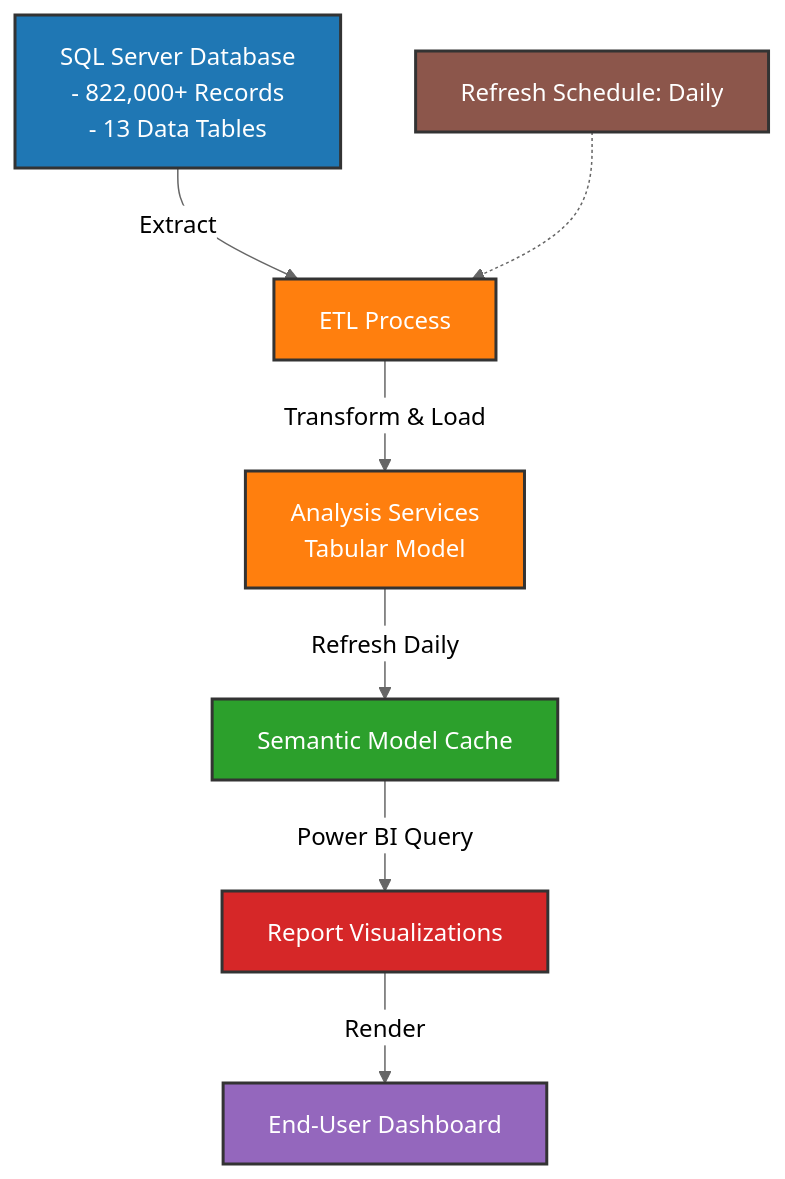
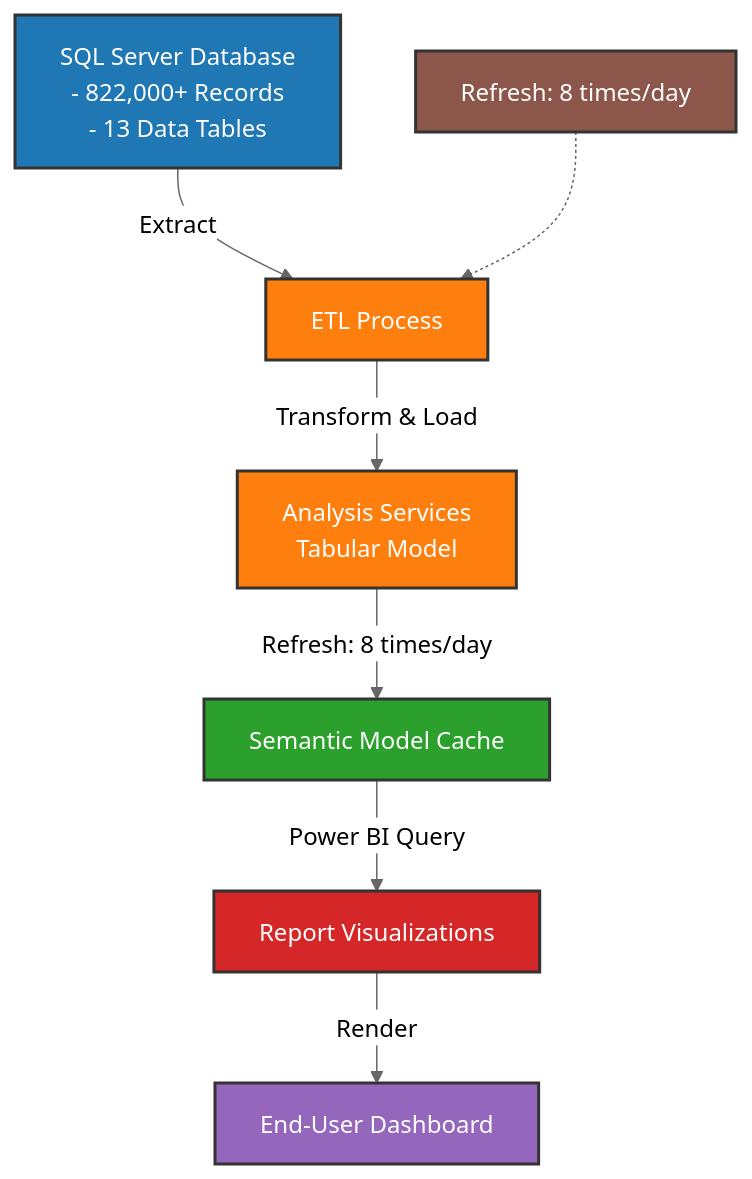
One commit to Data-Marc/pharma-logistics-bi changed the second of 2 diagrams in docs/ARCHITECTURE.md. Above: the diagram before and after it, drawn with Mermaid (neutral theme). The commit also changed other lines of this file, not shown here.

Commit message:
docs: update diagram labels to show 'Refresh: 8 times/day' for consistency

````diff
--- a/docs/ARCHITECTURE.md
+++ b/docs/ARCHITECTURE.md
@@ -21,18 +21,18 @@
 ```mermaid
 graph TB
     A["SQL Server Database<br/>- 822,000+ Records<br/>- 13 Data Tables"] -->|Extract| B["ETL Process"]
     B -->|Transform & Load| C["Analysis Services<br/>Tabular Model"]
-    C -->|Refresh Daily| D["Semantic Model Cache"]
+    C -->|Refresh: 8 times/day| D["Semantic Model Cache"]
     D -->|Power BI Query| E["Report Visualizations"]
     E -->|Render| F["End-User Dashboard"]
     
-    G["Refresh Schedule: Daily"] -.-> B
+    G["Refresh: 8 times/day"] -.-> B
     
     style A fill:#1f77b4,stroke:#333,stroke-width:2px,color:#fff
     style B fill:#ff7f0e,stroke:#333,stroke-width:2px,color:#fff
     style C fill:#ff7f0e,stroke:#333,stroke-width:2px,color:#fff
     style D fill:#2ca02c,stroke:#333,stroke-width:2px,color:#fff
     style E fill:#d62728,stroke:#333,stroke-width:2px,color:#fff
     style F fill:#9467bd,stroke:#333,stroke-width:2px,color:#fff
     style G fill:#8c564b,stroke:#333,stroke-width:2px,color:#fff
 ```
````
